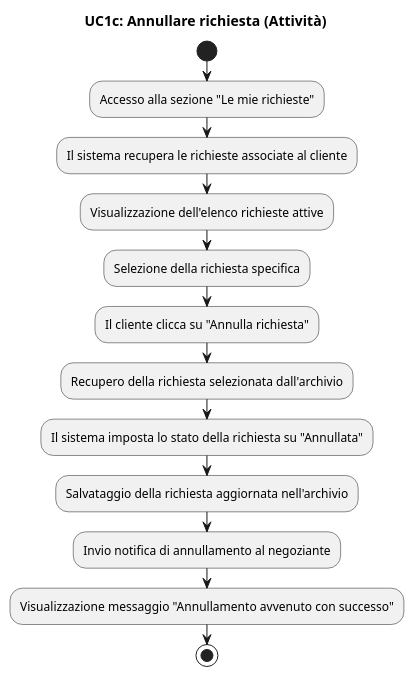
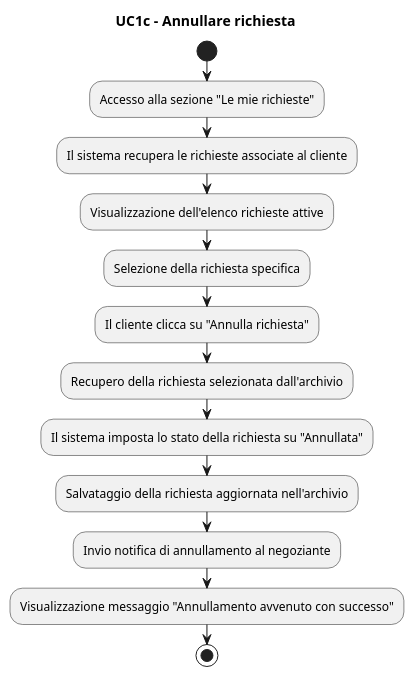
The diagram in diagrammiUML/diagrammi di attività/UC1c_Annullare_Richiesta_Preventivo_Appuntamento.puml (Samepsilon/FloWare), drawn with PlantUML before and after one commit. The commit also changed 34 other files, not shown here.

```diff
--- a/diagrammiUML/diagrammi di attività/UC1c_Annullare_Richiesta_Preventivo_Appuntamento.puml
+++ b/diagrammiUML/diagrammi di attività/UC1c_Annullare_Richiesta_Preventivo_Appuntamento.puml
@@ -1,23 +1,23 @@
 @startuml
 
-title UC1c: Annullare richiesta (Attività)
+title UC1c - Annullare richiesta
 
 start
 
 :Accesso alla sezione "Le mie richieste";
 
 :Il sistema recupera le richieste associate al cliente;
 :Visualizzazione dell'elenco richieste attive;
 
 :Selezione della richiesta specifica;
 :Il cliente clicca su "Annulla richiesta";
 
 :Recupero della richiesta selezionata dall'archivio;
 :Il sistema imposta lo stato della richiesta su "Annullata";
 :Salvataggio della richiesta aggiornata nell'archivio;
 
 :Invio notifica di annullamento al negoziante;
 :Visualizzazione messaggio "Annullamento avvenuto con successo";
 
 stop
 @enduml
```
